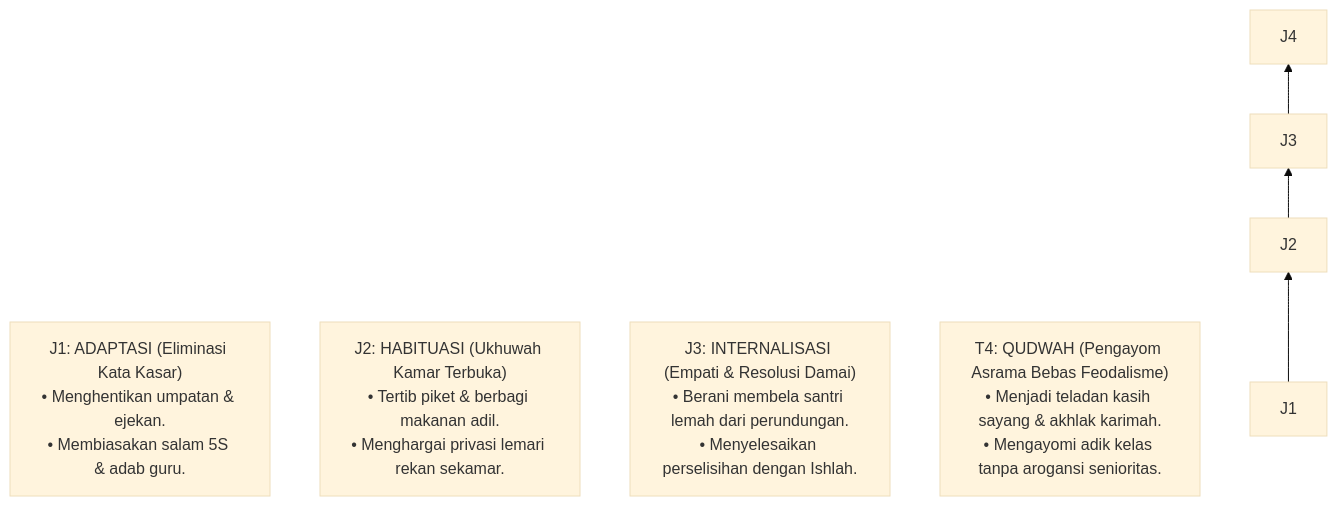
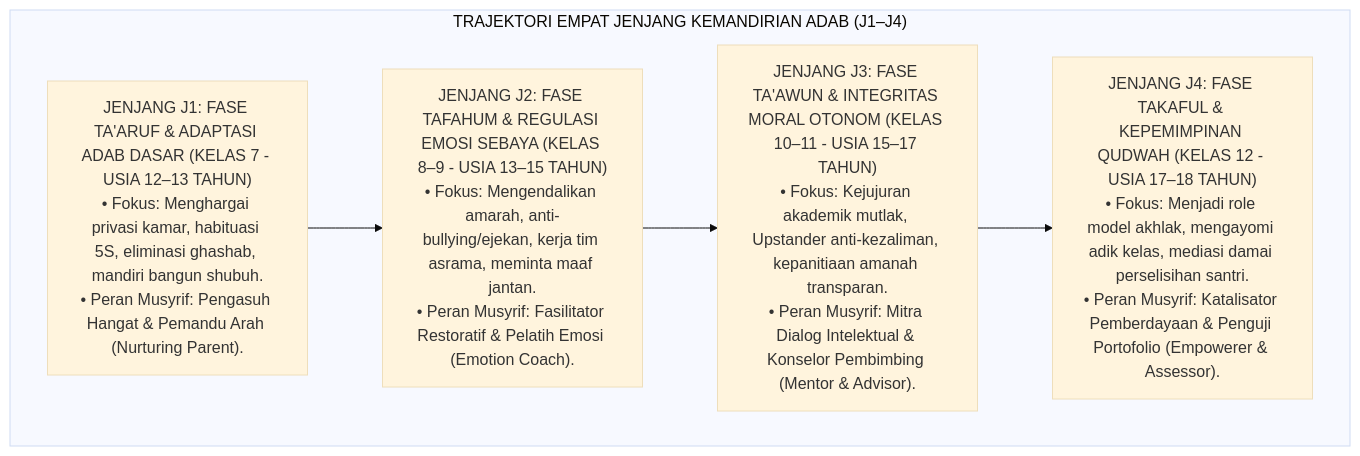
Before and after one commit to wandiapriliyandi/tumbuh: the sixth of 7 diagrams in 03 Capacity Framework/06 Matinul Khuluq/P3-06-08-Tahapan-Perkembangan-Jenjang-J1-J4.md, drawn with Mermaid (base theme). The commit also changed other lines of this file and 14 other files, not shown here.

````diff
--- a/03 Capacity Framework/06 Matinul Khuluq/P3-06-08-Tahapan-Perkembangan-Jenjang-J1-J4.md
+++ b/03 Capacity Framework/06 Matinul Khuluq/P3-06-08-Tahapan-Perkembangan-Jenjang-J1-J4.md
@@ -10,12 +180,14 @@
 ```mermaid
-graph BT
-    T1["J1: ADAPTASI (Eliminasi Kata Kasar)<br/>• Menghentikan umpatan & ejekan.<br/>• Membiasakan salam 5S & adab guru."]
-    
-    T2["J2: HABITUASI (Ukhuwah Kamar Terbuka)<br/>• Tertib piket & berbagi makanan adil.<br/>• Menghargai privasi lemari rekan sekamar."]
-    
-    T3["J3: INTERNALISASI (Empati & Resolusi Damai)<br/>• Berani membela santri lemah dari perundungan.<br/>• Menyelesaikan perselisihan dengan Ishlah."]
-    
-    T4["T4: QUDWAH (Pengayom Asrama Bebas Feodalisme)<br/>• Menjadi teladan kasih sayang & akhlak karimah.<br/>• Mengayomi adik kelas tanpa arogansi senioritas."]
-
-    J1 --> J2 --> J3 --> J4
+flowchart TD
+    subgraph Trajektori4JenjangTUMBUH["TRAJEKTORI EMPAT JENJANG KEMANDIRIAN ADAB (J1–J4)"]
+        J1["JENJANG J1: FASE TA'ARUF & ADAPTASI ADAB DASAR (KELAS 7 - USIA 12–13 TAHUN)<br/>• Fokus: Menghargai privasi kamar, habituasi 5S, eliminasi ghashab, mandiri bangun shubuh.<br/>• Peran Musyrif: Pengasuh Hangat & Pemandu Arah (Nurturing Parent)."]
+        
+        J2["JENJANG J2: FASE TAFAHUM & REGULASI EMOSI SEBAYA (KELAS 8–9 - USIA 13–15 TAHUN)<br/>• Fokus: Mengendalikan amarah, anti-bullying/ejekan, kerja tim asrama, meminta maaf jantan.<br/>• Peran Musyrif: Fasilitator Restoratif & Pelatih Emosi (Emotion Coach)."]
+        
+        J3["JENJANG J3: FASE TA'AWUN & INTEGRITAS MORAL OTONOM (KELAS 10–11 - USIA 15–17 TAHUN)<br/>• Fokus: Kejujuran akademik mutlak, Upstander anti-kezaliman, kepanitiaan amanah transparan.<br/>• Peran Musyrif: Mitra Dialog Intelektual & Konselor Pembimbing (Mentor & Advisor)."]
+        
+        J4["JENJANG J4: FASE TAKAFUL & KEPEMIMPINAN QUDWAH (KELAS 12 - USIA 17–18 TAHUN)<br/>• Fokus: Menjadi role model akhlak, mengayomi adik kelas, mediasi damai perselisihan santri.<br/>• Peran Musyrif: Katalisator Pemberdayaan & Penguji Portofolio (Empowerer & Assessor)."]
+        
+        J1 --> J2 --> J3 --> J4
+    end
 ```
````
